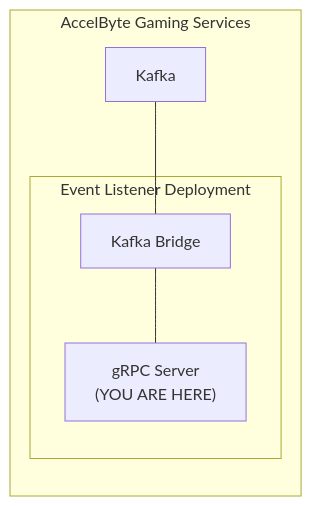
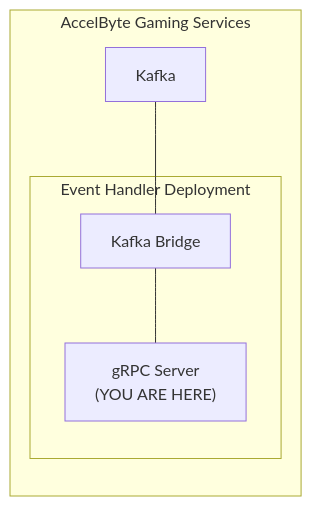
One commit to AccelByte/extend-event-handler-go changed the diagram in README.md. Above: the diagram before and after it, drawn with Mermaid. The commit also changed other lines of this file and 10 other files, not shown here.

Commit message:
fix: rename project extend-event-handler-go

````diff
--- a/README.md
+++ b/README.md
@@ -3,13 +3,13 @@
 ```mermaid
 flowchart LR
    subgraph AccelByte Gaming Services
    KF[Kafka]
-   subgraph Event Listener Deployment
+   subgraph Event Handler Deployment
    KB[Kafka Bridge]   
    SV["gRPC Server\n(YOU ARE HERE)"]   
    end   
    KB --- SV
    KF --- KB
    end   
    
 ```
````
